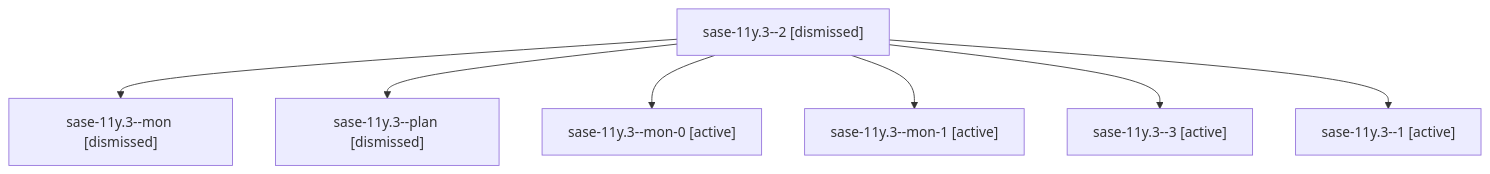
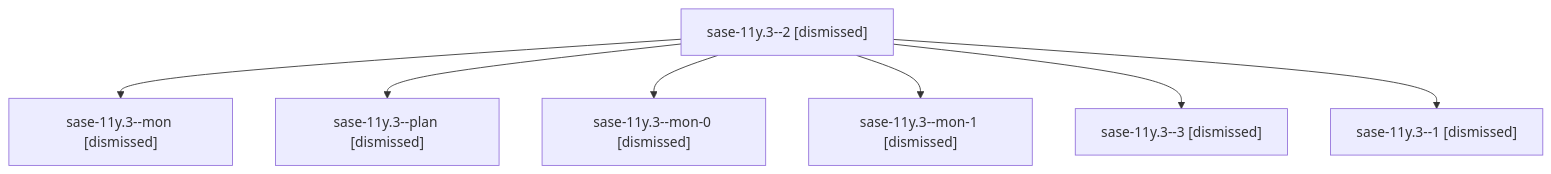
One commit to sase-org/sase--agents changed the diagram in sessions/bbugyi200.athena.sase-11y.3.md. Above: the diagram before and after it, drawn with Mermaid. The commit also changed other lines of this file and 306 other files, not shown here.

````diff
--- a/sessions/bbugyi200.athena.sase-11y.3.md
+++ b/sessions/bbugyi200.athena.sase-11y.3.md
@@ -9,16 +9,16 @@
 ```mermaid
 flowchart TD
   n0["sase-11y.3--2 [dismissed]"]
   n1["sase-11y.3--mon [dismissed]"]
   n0 --> n1
   n2["sase-11y.3--plan [dismissed]"]
   n0 --> n2
-  n3["sase-11y.3--mon-0 [active]"]
+  n3["sase-11y.3--mon-0 [dismissed]"]
   n0 --> n3
-  n4["sase-11y.3--mon-1 [active]"]
+  n4["sase-11y.3--mon-1 [dismissed]"]
   n0 --> n4
-  n5["sase-11y.3--3 [active]"]
+  n5["sase-11y.3--3 [dismissed]"]
   n0 --> n5
-  n6["sase-11y.3--1 [active]"]
+  n6["sase-11y.3--1 [dismissed]"]
   n0 --> n6
 ```
````
